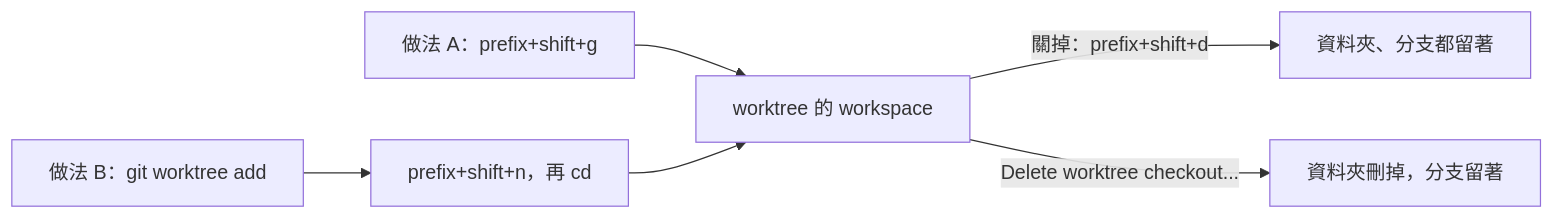
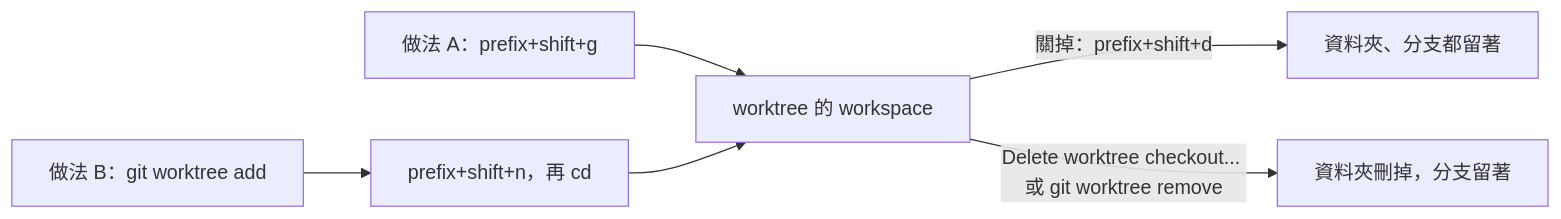
Before and after one commit to justmaocom/justmaocom.github.io: the second of 3 diagrams in _posts/2026-11-12-herdr-run-multiple-ai-agents.md, drawn with Mermaid. The commit also changed 18 other files, not shown here.

````diff
--- a/_posts/2026-11-12-herdr-run-multiple-ai-agents.md
+++ b/_posts/2026-11-12-herdr-run-multiple-ai-agents.md
@@ -194,8 +194,8 @@
 ```mermaid
 flowchart LR
   A["做法 A：prefix+shift+g"] --> W[worktree 的 workspace]
   B["做法 B：git worktree add"] --> N["prefix+shift+n，再 cd"]
   N --> W
   W -->|"關掉：prefix+shift+d"| K[資料夾、分支都留著]
-  W -->|"Delete worktree checkout..."| F[資料夾刪掉，分支留著]
+  W -->|"Delete worktree checkout... 或 git worktree remove"| F[資料夾刪掉，分支留著]
 ```
````
